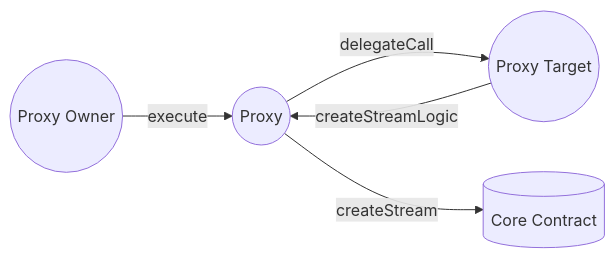
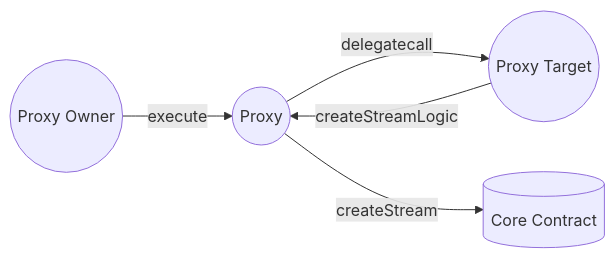
Before and after one commit to sablier-labs/docs: the diagram in docs/contracts/v2/guides/proxy-architecture/01-overview.mdx, drawn with Mermaid. The commit also changed 1 other file, not shown here.

Commit message:
feat: add paragraph explaining ERC1271
feat: add paragraph explaining differences between linear and dynamic
examples
fix: declare PermitSingle spender
fix: remove permit2Signature parameter
chore: improve wording

````diff
--- a/docs/contracts/v2/guides/proxy-architecture/01-overview.mdx
+++ b/docs/contracts/v2/guides/proxy-architecture/01-overview.mdx
@@ -31,12 +31,12 @@
 ```mermaid
 flowchart LR;
     proxyOwner((Proxy Owner));
     proxy((Proxy));
     proxyTarget((Proxy Target))
     coreContract[(Core Contract)];
 
     proxyOwner-- execute -->proxy;
-    proxy-- delegateCall -->proxyTarget;
+    proxy-- delegatecall -->proxyTarget;
     proxyTarget-- createStreamLogic -->proxy
     proxy-- createStream -->coreContract;
 ```
````
